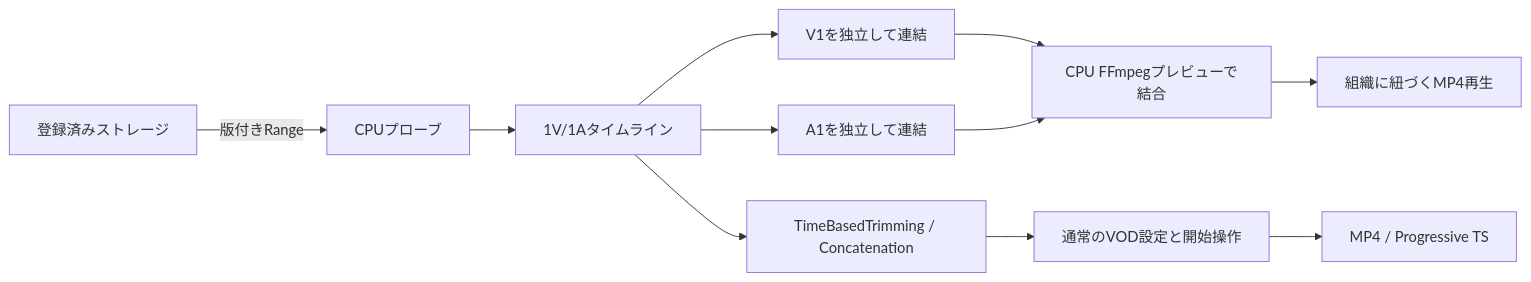
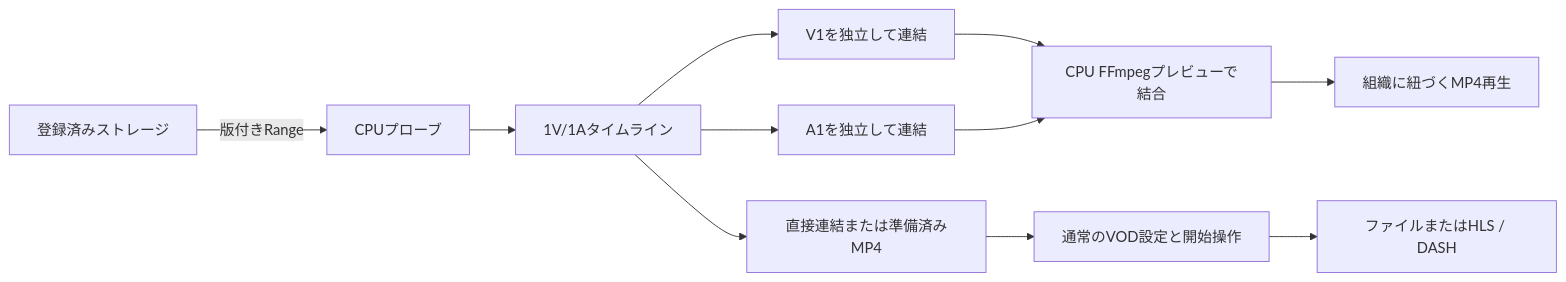
One commit to kazuhide/bitovp changed the diagram in docs/vod-input-timeline.md. Above: the diagram before and after it, drawn with Mermaid. The commit also changed other lines of this file and 82 other files, not shown here.

````diff
--- a/docs/vod-input-timeline.md
+++ b/docs/vod-input-timeline.md
@@ -76,13 +82,13 @@
 ```mermaid
 flowchart LR
   Storage[登録済みストレージ] -->|版付きRange| Probe[CPUプローブ]
   Probe --> GUI[1V/1Aタイムライン]
   GUI --> Video[V1を独立して連結]
   GUI --> Audio[A1を独立して連結]
   Video --> Preview[CPU FFmpegプレビューで結合]
   Audio --> Preview
   Preview --> Media[組織に紐づくMP4再生]
-  GUI --> Graph[TimeBasedTrimming / Concatenation]
+  GUI --> Graph[直接連結または準備済みMP4]
   Graph --> VOD[通常のVOD設定と開始操作]
-  VOD --> File[MP4 / Progressive TS]
+  VOD --> File[ファイルまたはHLS / DASH]
 ```
````
